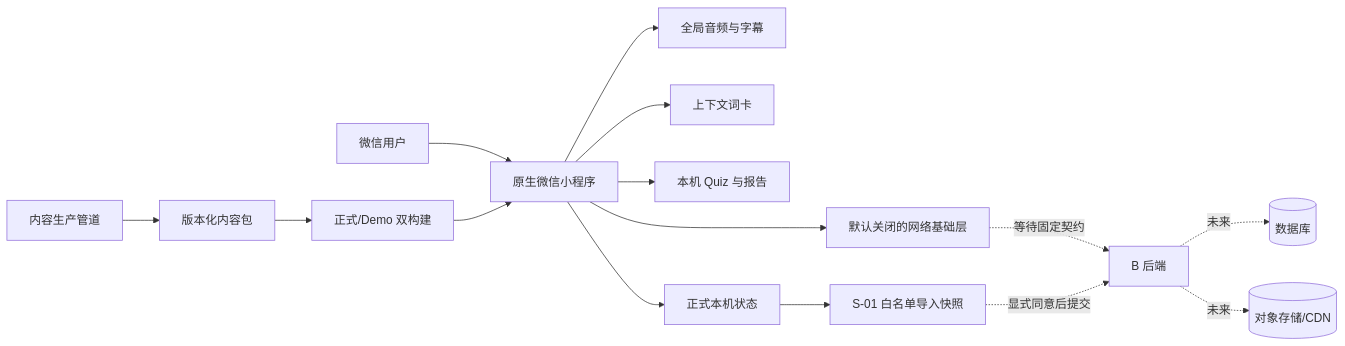
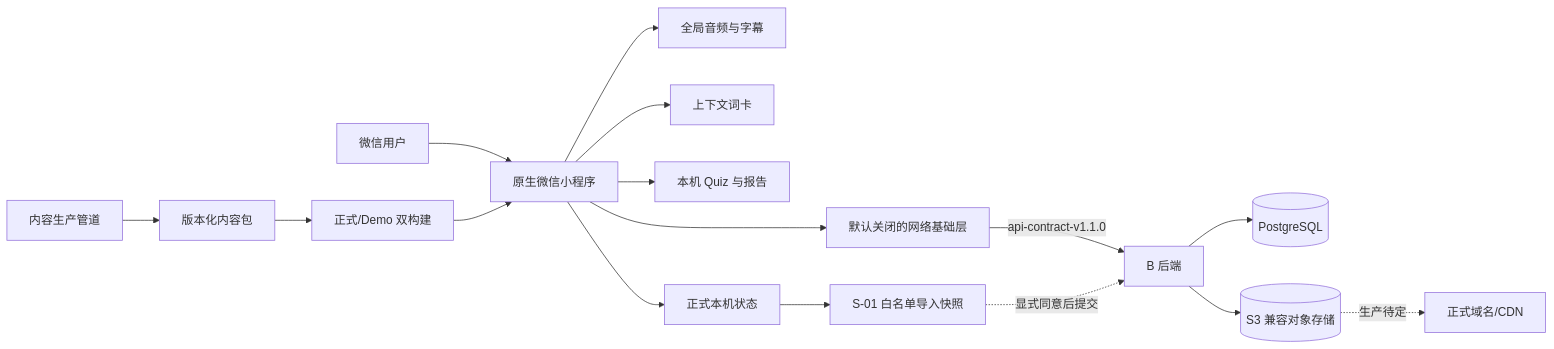
Before and after one commit to Evil-Bubble-wzx/wechat-project: the diagram in 听阅小程序-技术架构与需求总览-v2.0.md, drawn with Mermaid. The commit also changed other lines of this file and 20 other files, not shown here.

````diff
--- a/听阅小程序-技术架构与需求总览-v2.0.md
+++ b/听阅小程序-技术架构与需求总览-v2.0.md
@@ -89,17 +89,18 @@
 ```mermaid
 flowchart LR
     U[微信用户] --> MP[原生微信小程序]
     MP --> PLAYER[全局音频与字幕]
     MP --> VOCAB[上下文词卡]
     MP --> QUIZ[本机 Quiz 与报告]
     MP --> STORE[正式本机状态]
     MP --> NET[默认关闭的网络基础层]
     STORE --> IMPORT[S-01 白名单导入快照]
-    NET -. 等待固定契约 .-> B[B 后端]
+    NET -->|api-contract-v1.1.0| B[B 后端]
     IMPORT -. 显式同意后提交 .-> B
-    B -. 未来 .-> DB[(数据库)]
-    B -. 未来 .-> MEDIA[(对象存储/CDN)]
+    B --> DB[(PostgreSQL)]
+    B --> MEDIA[(S3 兼容对象存储)]
+    MEDIA -. 生产待定 .-> CDN[正式域名/CDN]
     PIPE[内容生产管道] --> PKG[版本化内容包]
     PKG --> BUILD[正式/Demo 双构建]
     BUILD --> MP
 ```
````
